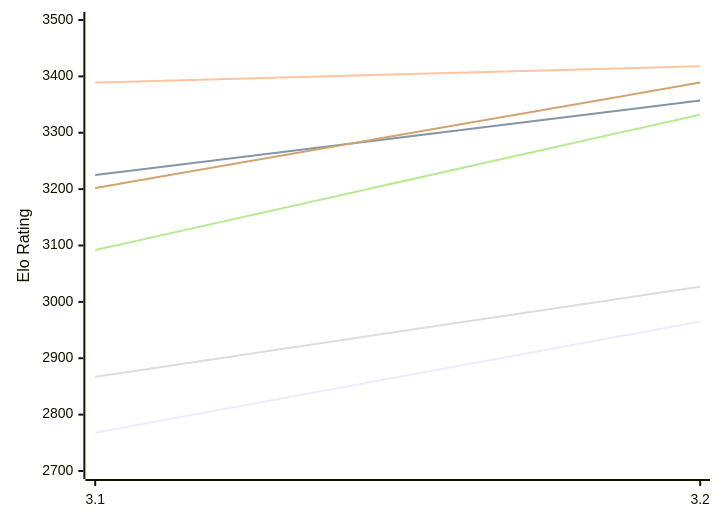
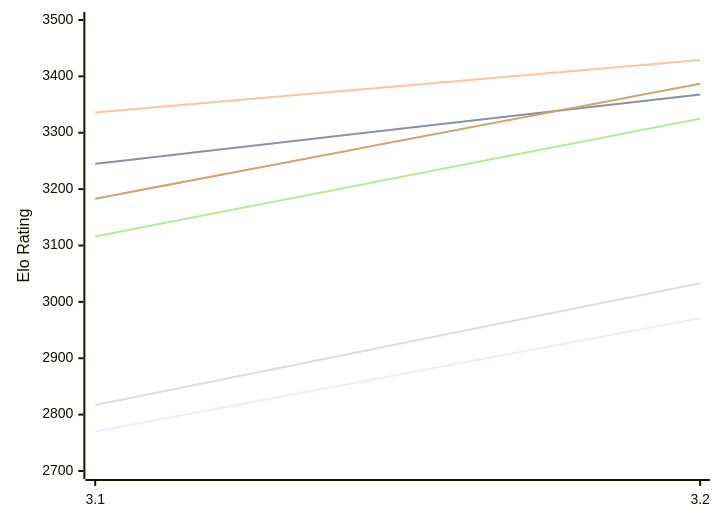
The first of 2 diagrams in engines/Thrawn.md (computer-chess-index/cci), drawn with Mermaid before and after one commit. The commit also changed other lines of this file, not shown here.

Commit message:
Update CCI Ratings (ELO VLTC) - 2026-11-16

````diff
--- a/engines/Thrawn.md
+++ b/engines/Thrawn.md
@@ -52,12 +52,12 @@
 ```mermaid
 %%{init: {"theme":"base","themeVariables":{"seriesColors:['#a3a3a3','#222221','#faa371']}}}%%
 xychart-beta
   x-axis ["3.1", "3.2"]
   y-axis "Elo Rating" 2700 --> 3500
-  line "E1: STC (8.0+0.08s)" [2768, 2965]
-  line "E1: LTC (60.0+0.60s)" [3225, 3357]
-  line "E1: VLTC (2m24s+1.12s)" [3389, 3418]
-  line "P1: STC (8.0+0.08s)" [2867, 3027]
-  line "P1: LTC (60.0+0.60s)" [3092, 3332]
-  line "P1: VLTC (2m24s+1.12s)" [3202, 3389]
+  line "E1: STC (8.0+0.08s)" [2770, 2971]
+  line "E1: LTC (60.0+0.60s)" [3245, 3368]
+  line "E1: VLTC (2m24s+1.12s)" [3336, 3429]
+  line "P1: STC (8.0+0.08s)" [2817, 3033]
+  line "P1: LTC (60.0+0.60s)" [3116, 3325]
+  line "P1: VLTC (2m24s+1.12s)" [3183, 3387]
 ```
````
